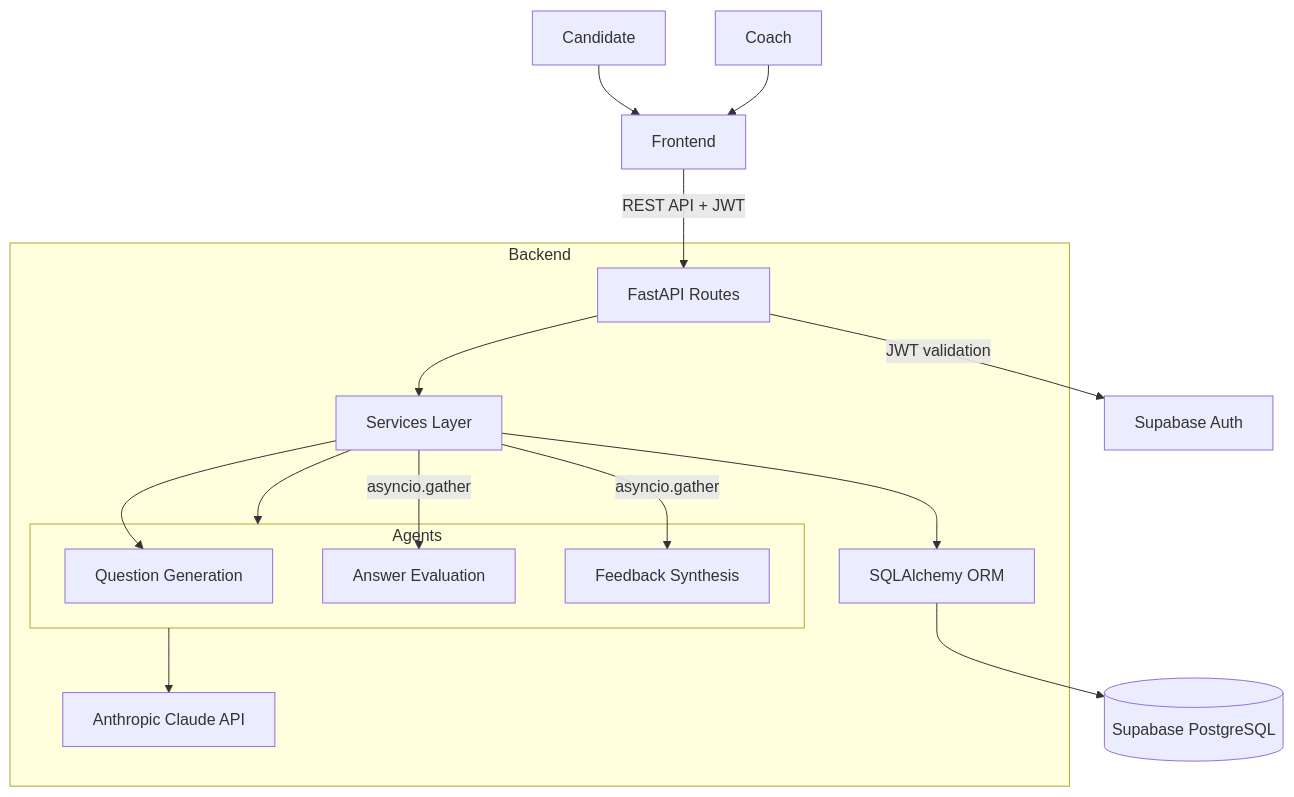
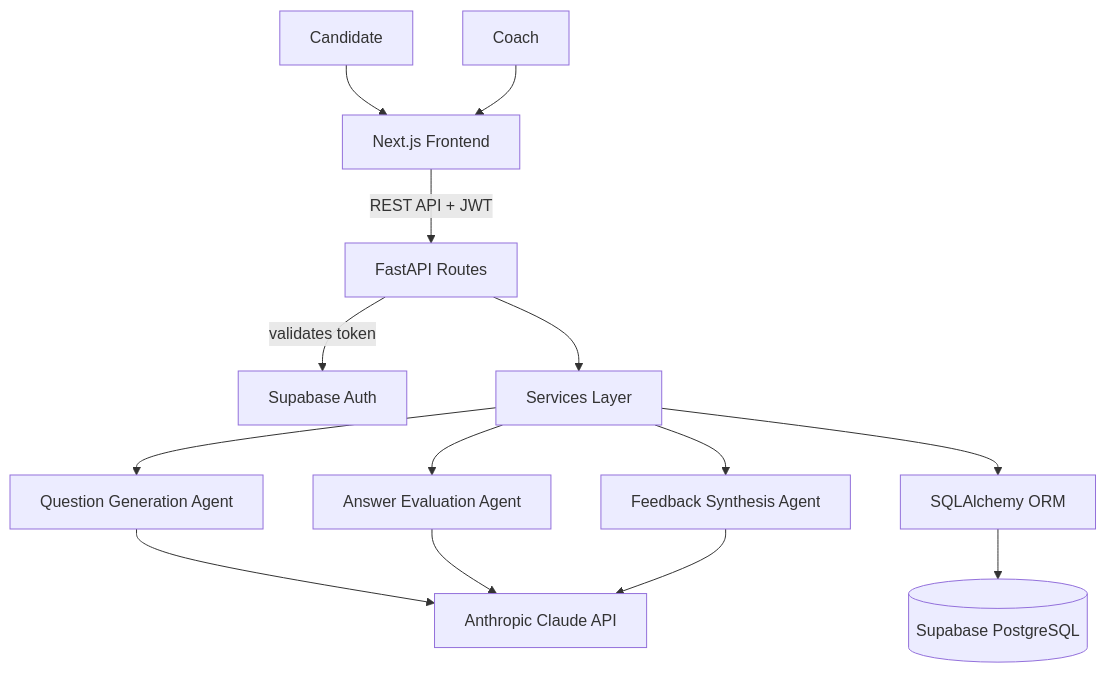
One commit to DhruvGorasiya/MockReady changed the diagram in README.md. Above: the diagram before and after it, drawn with Mermaid. The commit also changed other lines of this file, not shown here.

Commit message:
Revise architecture diagram for clarity
Updated architecture diagram in README to reflect new structure.

````diff
--- a/README.md
+++ b/README.md
@@ -40,26 +40,20 @@
 ```mermaid
 flowchart TD
-    Candidate --> Frontend
-    Coach --> Frontend
-    Frontend -->|REST API + JWT| Routes
+    A[Candidate] --> D[Next.js Frontend]
+    B[Coach] --> D
 
-    subgraph Backend
-        Routes[FastAPI Routes] --> Services
-        Services[Services Layer] --> Agents
-        Services --> DB
-        Agents[AI Agents] --> Claude[Anthropic Claude API]
-    end
+    D -->|REST API + JWT| E[FastAPI Routes]
+    E -->|validates token| F[Supabase Auth]
+    E --> G[Services Layer]
 
-    subgraph Agents
-        QGen[Question Generation]
-        Eval[Answer Evaluation]
-        Feedback[Feedback Synthesis]
-    end
+    G --> H[Question Generation Agent]
+    G --> I[Answer Evaluation Agent]
+    G --> J[Feedback Synthesis Agent]
 
-    Services -->|asyncio.gather| Eval
-    Services -->|asyncio.gather| Feedback
-    Services --> QGen
+    H --> K[Anthropic Claude API]
+    I --> K
+    J --> K
 
-    DB[SQLAlchemy ORM] --> Supabase[(Supabase PostgreSQL)]
-    Routes -->|JWT validation| Auth[Supabase Auth]
+    G --> L[SQLAlchemy ORM]
+    L --> M[(Supabase PostgreSQL)]
 ```
````
